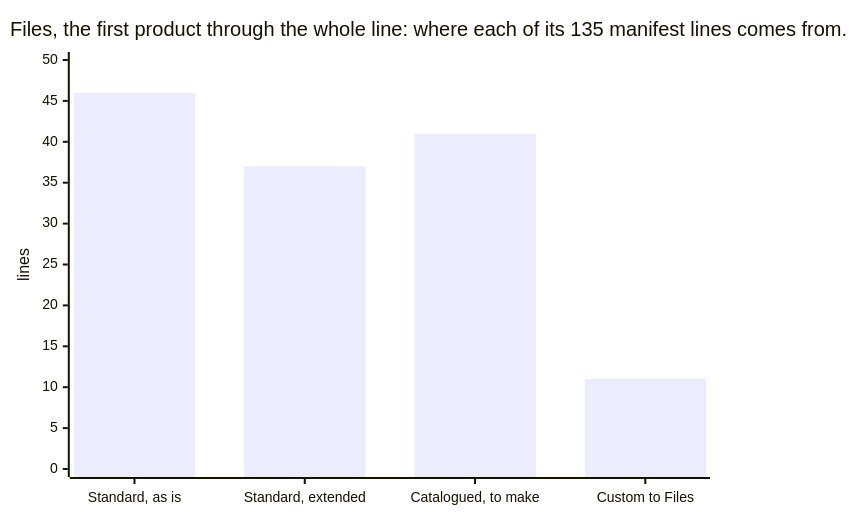
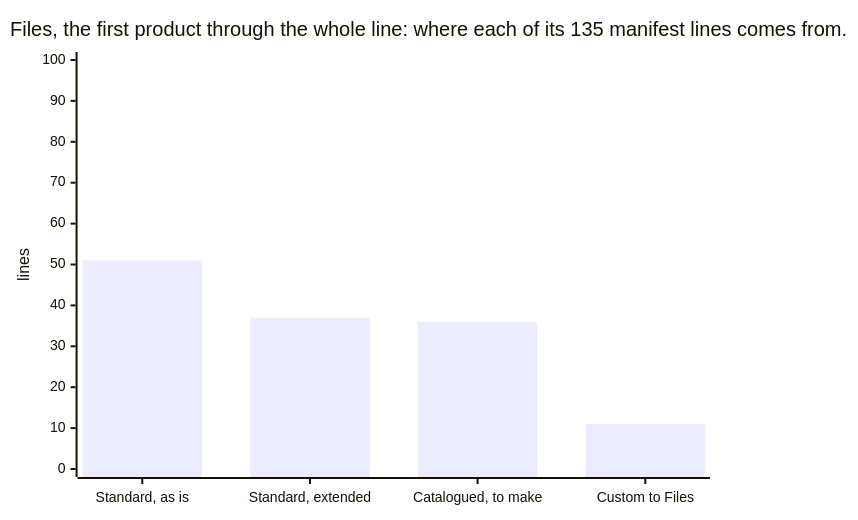
The second of 3 diagrams in intent/docs/line/engineering.md (russlittle/ZTHR), drawn with Mermaid before and after one commit. The commit also changed other lines of this file and 32 other files, not shown here.

````diff
--- a/intent/docs/line/engineering.md
+++ b/intent/docs/line/engineering.md
@@ -65,7 +65,7 @@
 ```mermaid
 xychart-beta
   title "Files, the first product through the whole line: where each of its 135 manifest lines comes from."
   x-axis ["Standard, as is", "Standard, extended", "Catalogued, to make", "Custom to Files"]
-  y-axis "lines" 0 --> 50
-  bar [46, 37, 41, 11]
+  y-axis "lines" 0 --> 100
+  bar [51, 37, 36, 11]
 ```
````
